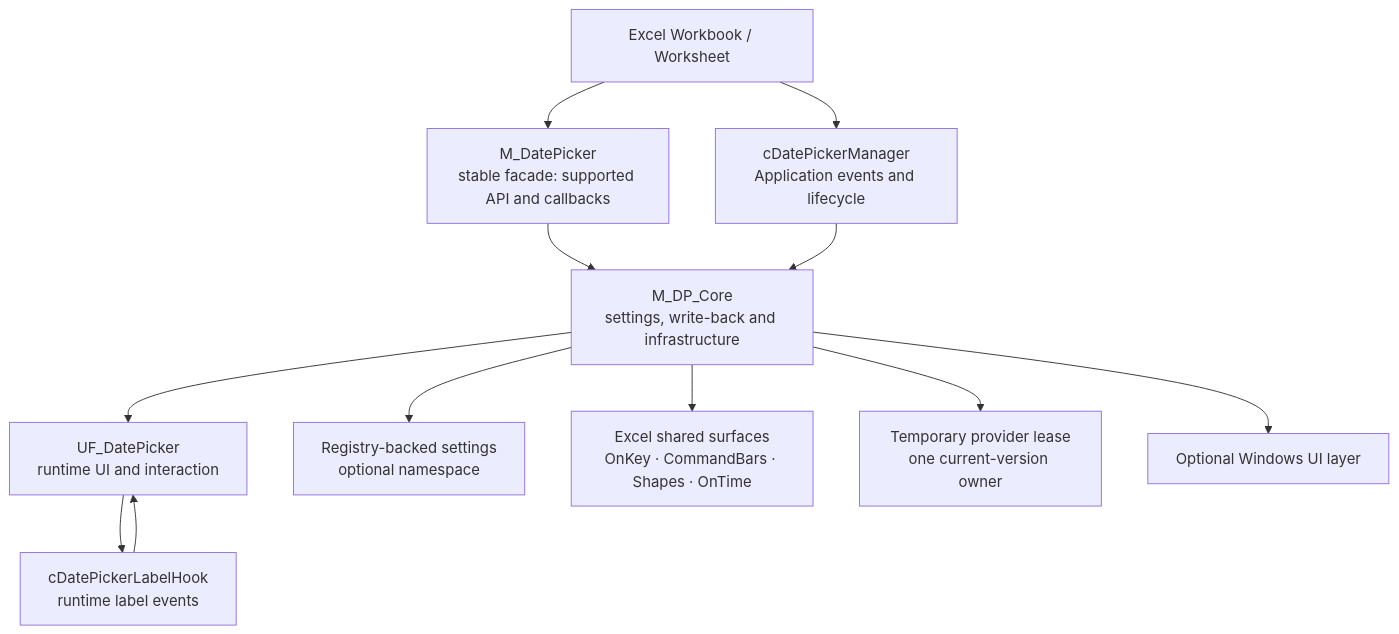
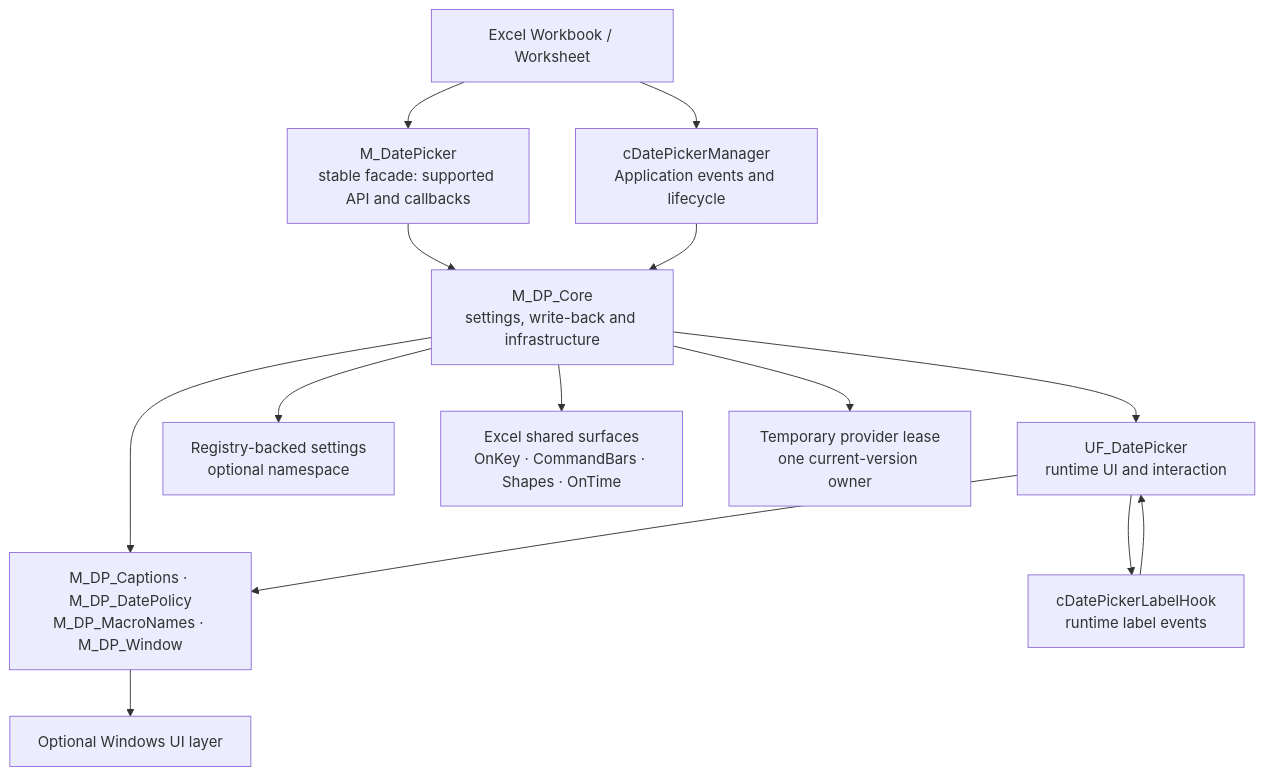
Before and after one commit to danielep71/VBA-DATETIMEPICKER: the diagram in README.md, drawn with Mermaid. The commit also changed other lines of this file and 12 other files, not shown here.

````diff
--- a/README.md
+++ b/README.md
@@ -1110,25 +1117,28 @@
 ```mermaid
 flowchart TD
     EXCEL[Excel Workbook / Worksheet]
     MANAGER[cDatePickerManager<br/>Application events and lifecycle]
     FACADE[M_DatePicker<br/>stable facade: supported API and callbacks]
     MODULE[M_DP_Core<br/>settings, write-back and infrastructure]
+    SERVICES[M_DP_Captions · M_DP_DatePolicy<br/>M_DP_MacroNames · M_DP_Window]
     FORM[UF_DatePicker<br/>runtime UI and interaction]
     HOOKS[cDatePickerLabelHook<br/>runtime label events]
     SETTINGS[Registry-backed settings<br/>optional namespace]
     SURFACES[Excel shared surfaces<br/>OnKey · CommandBars · Shapes · OnTime]
     LEASE[Temporary provider lease<br/>one current-version owner]
     WINAPI[Optional Windows UI layer]
 
     EXCEL --> MANAGER
     EXCEL --> FACADE
     FACADE --> MODULE
     MANAGER --> MODULE
+    MODULE --> SERVICES
+    FORM --> SERVICES
     MODULE --> FORM
     FORM --> HOOKS
     HOOKS --> FORM
     MODULE --> SETTINGS
     MODULE --> SURFACES
     MODULE --> LEASE
-    MODULE --> WINAPI
+    SERVICES --> WINAPI
 ```
````
